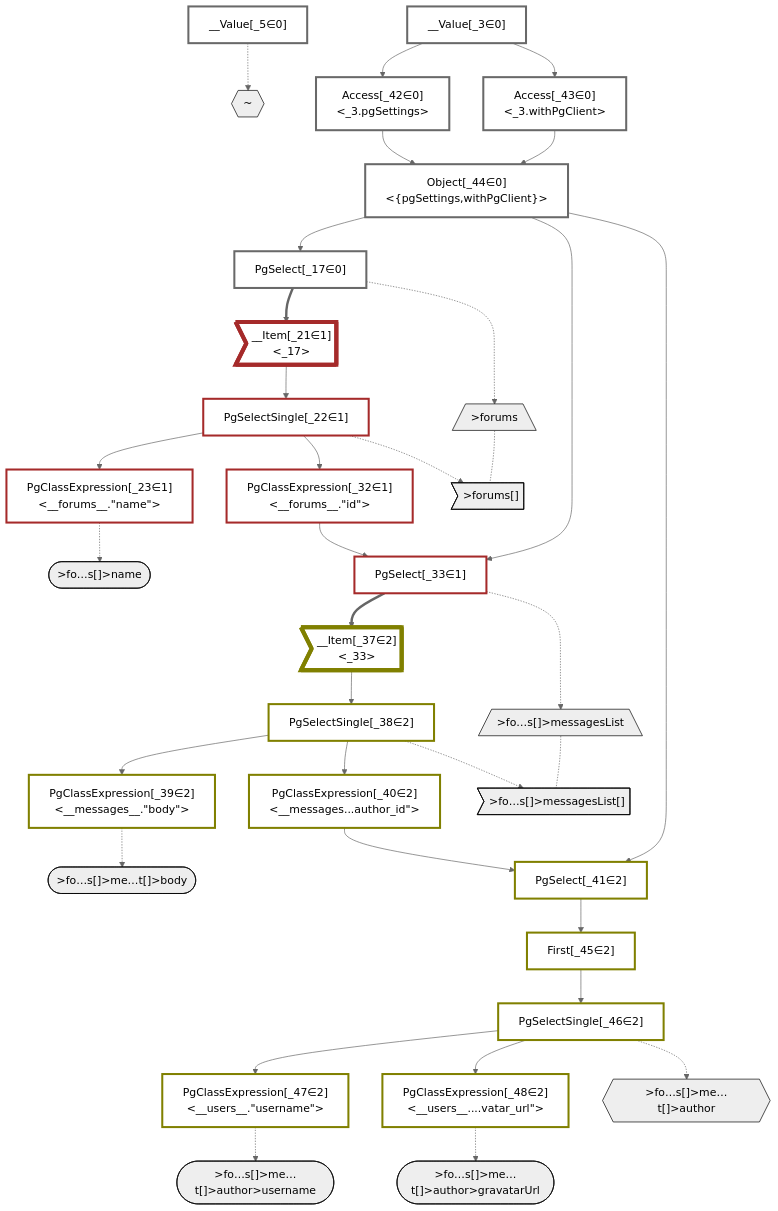
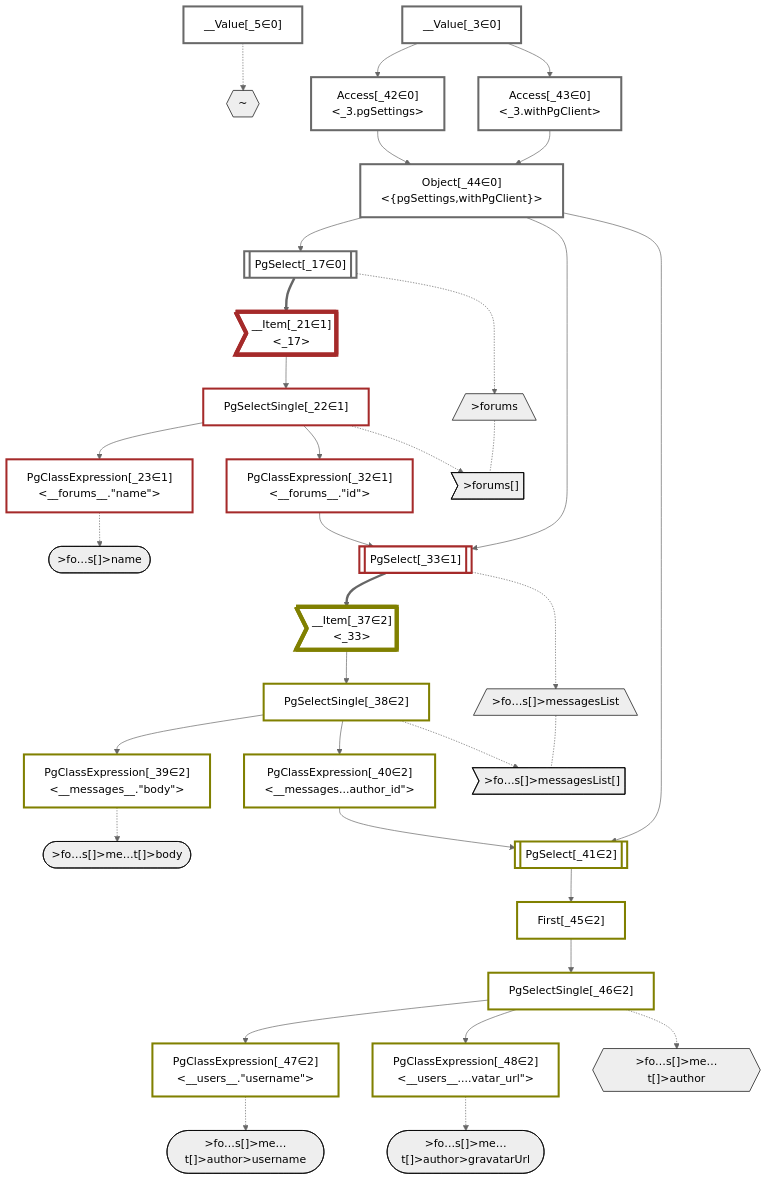
One commit to graphile/crystal changed the diagram in packages/dataplan-pg/__tests__/queries/conditions/include-all-archived.deopt.mermaid.md. Above: the diagram before and after it, drawn with Mermaid (neutral theme). The commit also changed 195 other files, not shown here.

```diff
--- a/packages/dataplan-pg/__tests__/queries/conditions/include-all-archived.deopt.mermaid.md
+++ b/packages/dataplan-pg/__tests__/queries/conditions/include-all-archived.deopt.mermaid.md
@@ -30,17 +30,17 @@
     %% define plans
     __Value_3["__Value[_3∈0]<br /><context>"]:::plan
     __Value_5["__Value[_5∈0]<br /><rootValue>"]:::plan
-    PgSelect_17["PgSelect[_17∈0]<br /><forums>"]:::plan
+    PgSelect_17[["PgSelect[_17∈0]<br /><forums>"]]:::plan
     __Item_21>"__Item[_21∈1]<br /><_17>"]:::itemplan
     PgSelectSingle_22["PgSelectSingle[_22∈1]<br /><forums>"]:::plan
     PgClassExpression_23["PgClassExpression[_23∈1]<br /><__forums__.#quot;name#quot;>"]:::plan
     PgClassExpression_32["PgClassExpression[_32∈1]<br /><__forums__.#quot;id#quot;>"]:::plan
-    PgSelect_33["PgSelect[_33∈1]<br /><messages>"]:::plan
+    PgSelect_33[["PgSelect[_33∈1]<br /><messages>"]]:::plan
     __Item_37>"__Item[_37∈2]<br /><_33>"]:::itemplan
     PgSelectSingle_38["PgSelectSingle[_38∈2]<br /><messages>"]:::plan
     PgClassExpression_39["PgClassExpression[_39∈2]<br /><__messages__.#quot;body#quot;>"]:::plan
     PgClassExpression_40["PgClassExpression[_40∈2]<br /><__messages...author_id#quot;>"]:::plan
-    PgSelect_41["PgSelect[_41∈2]<br /><users>"]:::plan
+    PgSelect_41[["PgSelect[_41∈2]<br /><users>"]]:::plan
     Access_42["Access[_42∈0]<br /><_3.pgSettings>"]:::plan
     Access_43["Access[_43∈0]<br /><_3.withPgClient>"]:::plan
     Object_44["Object[_44∈0]<br /><{pgSettings,withPgClient}>"]:::plan
```
